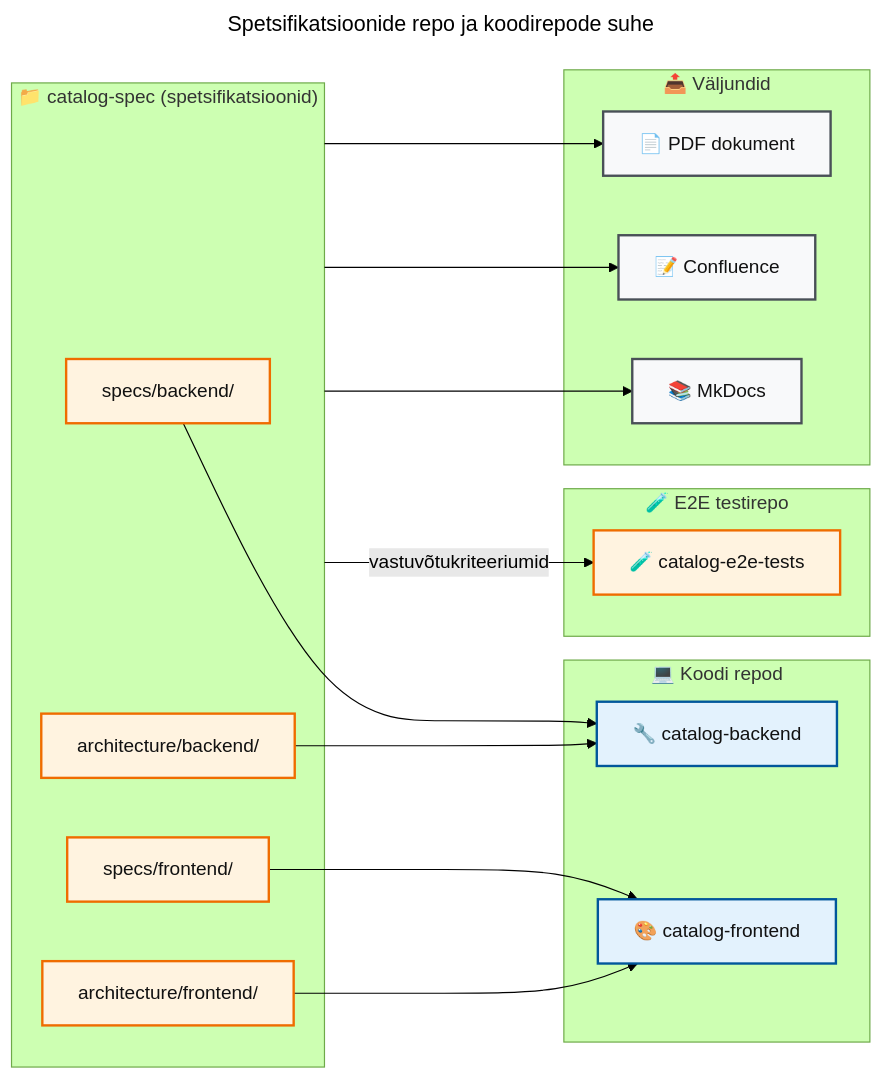
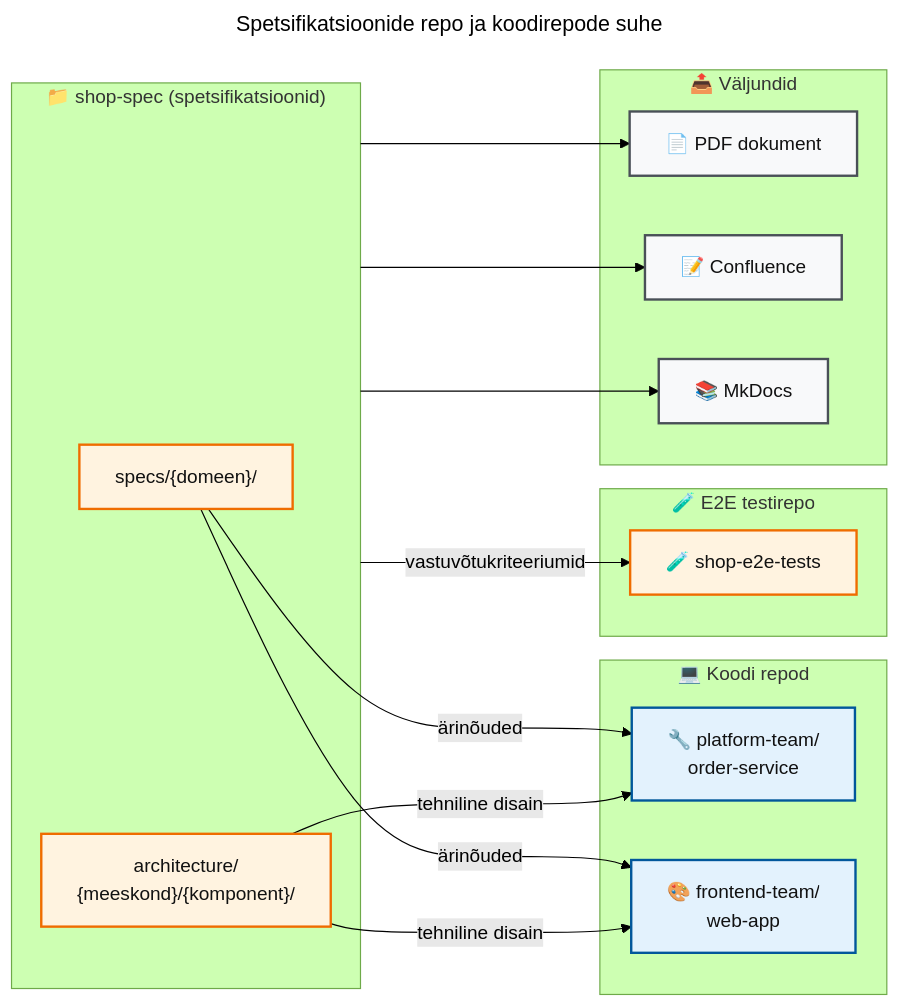
One commit to e-gov/cursor-prompts changed the fourth of 17 diagrams in process/specification-driven-development.md. Above: the diagram before and after it, drawn with Mermaid (forest theme). The commit also changed other lines of this file and 18 other files, not shown here.

````diff
--- a/process/specification-driven-development.md
+++ b/process/specification-driven-development.md
@@ -176,47 +179,45 @@
 ```mermaid
 ---
 title: Spetsifikatsioonide repo ja koodirepode suhe
 ---
 flowchart LR
-    subgraph Analysis["📁 catalog-spec (spetsifikatsioonid)"]
-        SB["specs/backend/"]
-        SF["specs/frontend/"]
-        AB["architecture/backend/"]
-        AF["architecture/frontend/"]
+    subgraph Analysis["📁 shop-spec (spetsifikatsioonid)"]
+        SD["specs/{domeen}/"]
+        SA["architecture/<br/>{meeskond}/{komponent}/"]
     end
 
     subgraph Code["💻 Koodi repod"]
-        BE["🔧 catalog-backend"]
-        FE["🎨 catalog-frontend"]
+        BE["🔧 platform-team/<br/>order-service"]
+        FE["🎨 frontend-team/<br/>web-app"]
     end
 
     subgraph E2E["🧪 E2E testirepo"]
-        E2EREPO["🧪 catalog-e2e-tests"]
+        E2EREPO["🧪 shop-e2e-tests"]
     end
 
     subgraph Export["📤 Väljundid"]
         PDF["📄 PDF dokument"]
         CONF["📝 Confluence"]
         MKDOCS["📚 MkDocs"]
     end
 
-    SB --> BE
-    AB --> BE
-    SF --> FE
-    AF --> FE
+    SD -->|"ärinõuded"| BE
+    SD -->|"ärinõuded"| FE
+    SA -->|"tehniline disain"| BE
+    SA -->|"tehniline disain"| FE
     Analysis -->|"vastuvõtukriteeriumid"| E2EREPO
 
     Analysis --> PDF
     Analysis --> CONF
     Analysis --> MKDOCS
 
     classDef analysis fill:#fff3e0,stroke:#ef6c00,stroke-width:2px,color:#111111
     classDef code fill:#e3f2fd,stroke:#01579b,stroke-width:2px,color:#111111
     classDef e2e fill:#fff3e0,stroke:#ef6c00,stroke-width:2px,color:#111111
     classDef export fill:#f8f9fa,stroke:#495057,stroke-width:2px,color:#111111
 
-    class SB,SF,AB,AF analysis
+    class SD,SA analysis
     class BE,FE code
     class E2EREPO e2e
     class PDF,CONF,MKDOCS export
 ```
````
